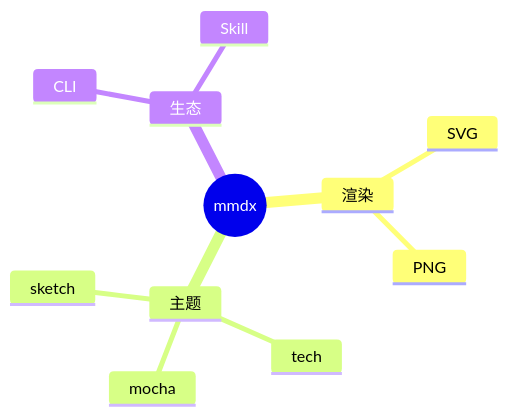
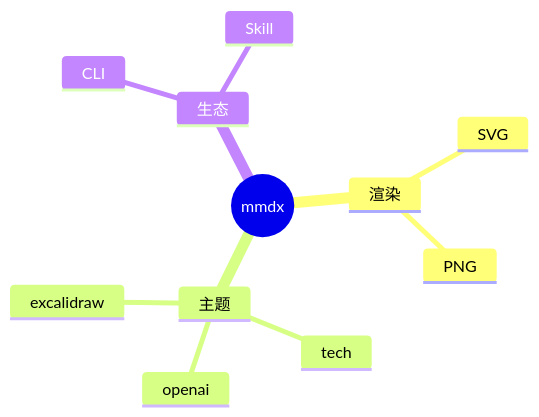
The diagram in tests/diagrams/mindmap.md (daidaiJ/mmdx), drawn with Mermaid before and after one commit. The commit also changed 161 other files, not shown here.

````diff
--- a/tests/diagrams/mindmap.md
+++ b/tests/diagrams/mindmap.md
@@ -1,14 +1,14 @@
 ```mermaid
 mindmap
   root((mmdx))
     渲染
       SVG
       PNG
     主题
       tech
-      mocha
-      sketch
+      openai
+      excalidraw
     生态
       CLI
       Skill
 ```
````
